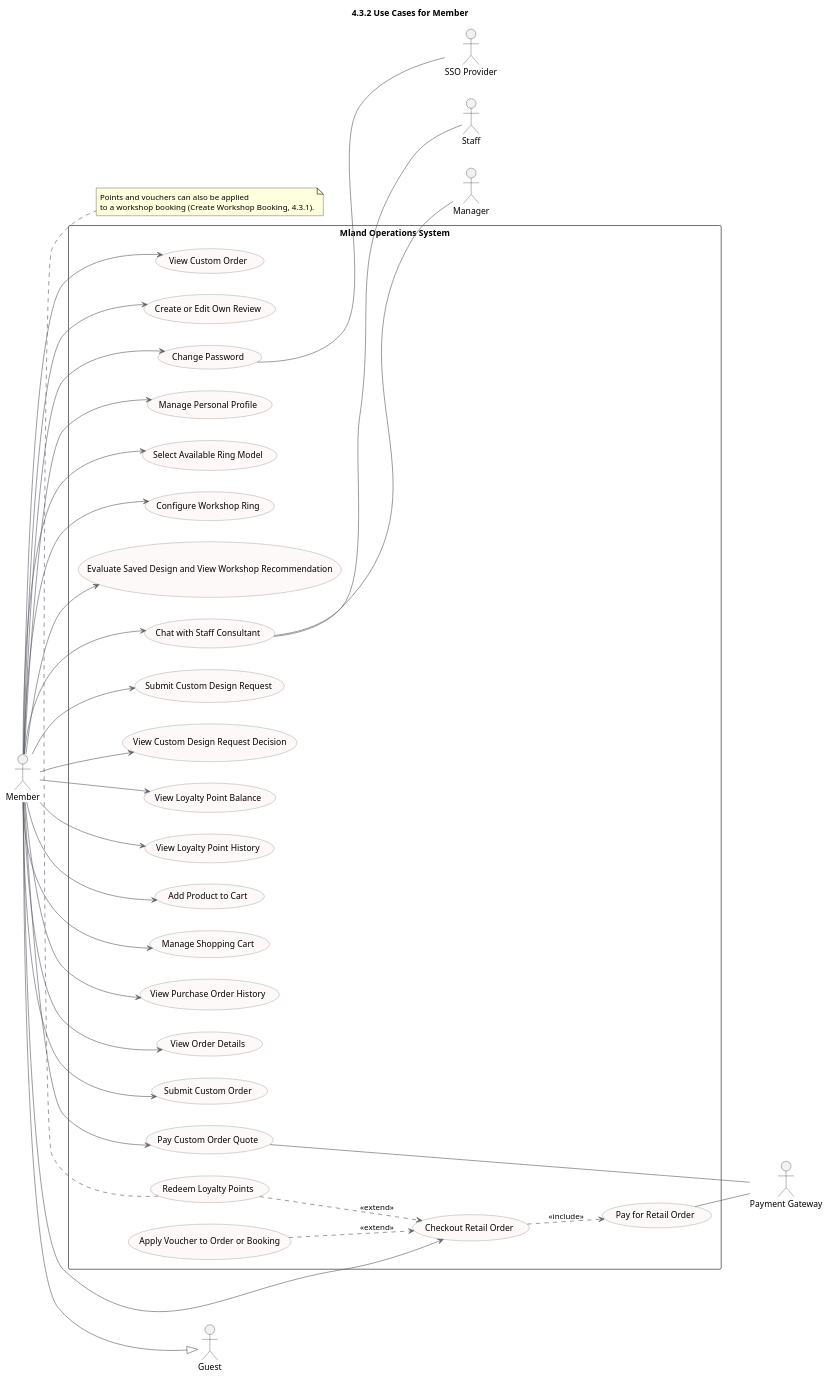
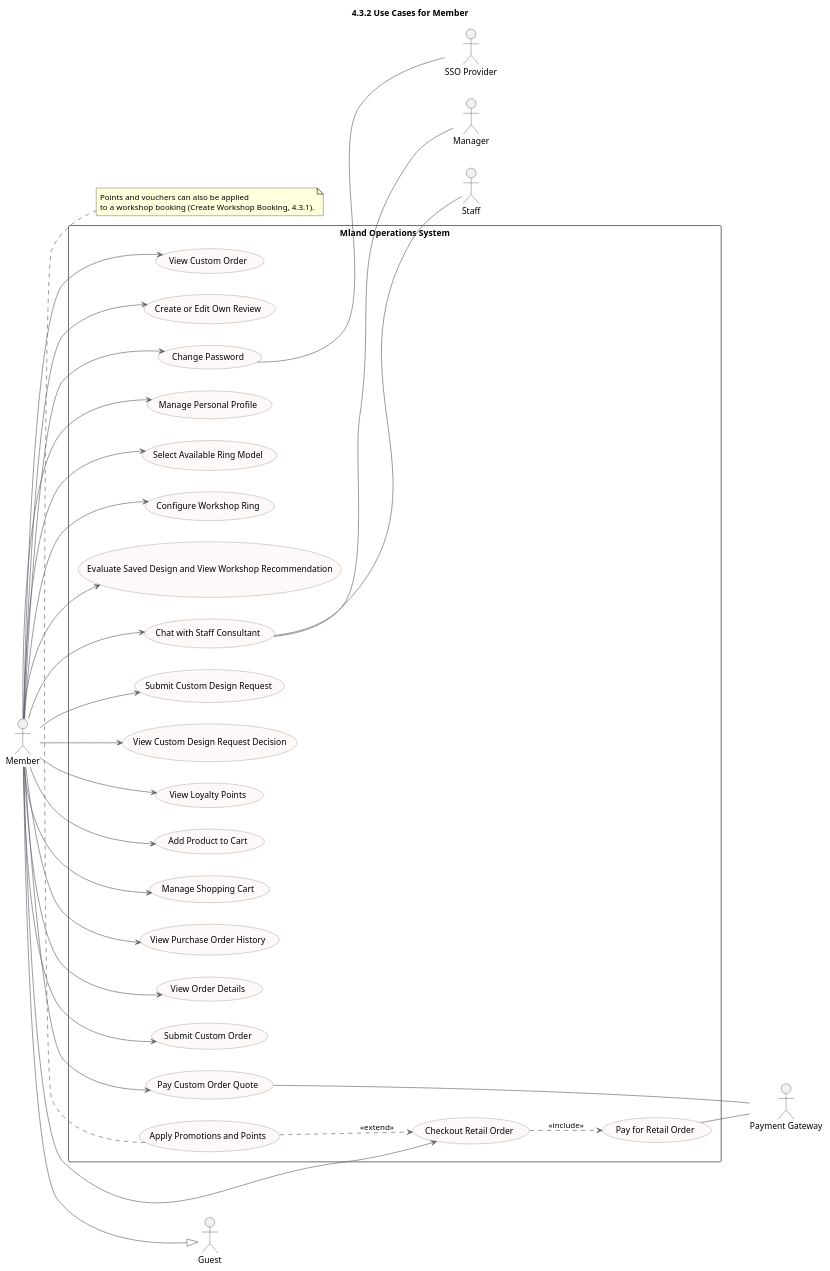
One commit to quoc-ca/mland-operations-hub changed the diagram in documents/docs/report-3-software-requirement-specification/assets/diagrams/use-cases/03-member-only.puml. Above: the diagram before and after it, drawn with PlantUML. The commit also changed 47 other files, not shown here.

```diff
--- a/documents/docs/report-3-software-requirement-specification/assets/diagrams/use-cases/03-member-only.puml
+++ b/documents/docs/report-3-software-requirement-specification/assets/diagrams/use-cases/03-member-only.puml
@@ -1,82 +1,78 @@
 @startuml
 !pragma charset UTF-8
 title 4.3.2 Use Cases for Member
 left to right direction
 skinparam shadowing false
 skinparam usecase {
   BackgroundColor #FCF9F8
   BorderColor #807663
   ArrowColor #5B5E67
 }
 
 actor Guest
 actor Member
 
 actor "SSO Provider" as SSO
 actor "Payment Gateway" as Pay
 actor Staff
 actor Manager
 
 rectangle "Mland Operations System" {
   usecase "Change Password" as UC04
   usecase "Manage Personal Profile" as UC05
   usecase "Select Available Ring Model" as UC36
   usecase "Configure Workshop Ring" as UC37
   usecase "Evaluate Saved Design and View Workshop Recommendation" as UC37E
   usecase "Chat with Staff Consultant" as UC38
   usecase "Submit Custom Design Request" as UC39
   usecase "View Custom Design Request Decision" as UC41
-  usecase "View Loyalty Point Balance" as UC42
-  usecase "View Loyalty Point History" as UC43
-  usecase "Redeem Loyalty Points" as UC44
-  usecase "Apply Voucher to Order or Booking" as UC48
+  usecase "View Loyalty Points" as UC42
+  usecase "Apply Promotions and Points" as UC44
   usecase "Add Product to Cart" as UC52
   usecase "Manage Shopping Cart" as UC53
   usecase "Checkout Retail Order" as UC54
   usecase "Pay for Retail Order" as UC55
   usecase "View Purchase Order History" as UC56
   usecase "View Order Details" as UC57
   usecase "Submit Custom Order" as UC67
   usecase "Pay Custom Order Quote" as UC69
   usecase "View Custom Order" as UC70
   usecase "Create or Edit Own Review" as UC75
 }
 
 ' Member inherits every Guest use case (see 4.3.1), including Create Workshop Booking.
 Member --|> Guest
 
 Member --> UC04
 Member --> UC05
 Member --> UC36
 Member --> UC37
 Member --> UC37E
 Member --> UC38
 Member --> UC39
 Member --> UC41
 Member --> UC42
-Member --> UC43
 Member --> UC52
 Member --> UC53
 Member --> UC54
 Member --> UC56
 Member --> UC57
 Member --> UC67
 Member --> UC70
 Member --> UC69
 Member --> UC75
 
 UC54 ..> UC55 : <<include>>
 UC44 ..> UC54 : <<extend>>
-UC48 ..> UC54 : <<extend>>
 
 UC04 -- SSO
 UC55 -- Pay
 UC69 -- Pay
 UC38 -- Staff
 UC38 -- Manager
 
 note bottom of UC44
 Points and vouchers can also be applied
 to a workshop booking (Create Workshop Booking, 4.3.1).
 end note
 @enduml
```
